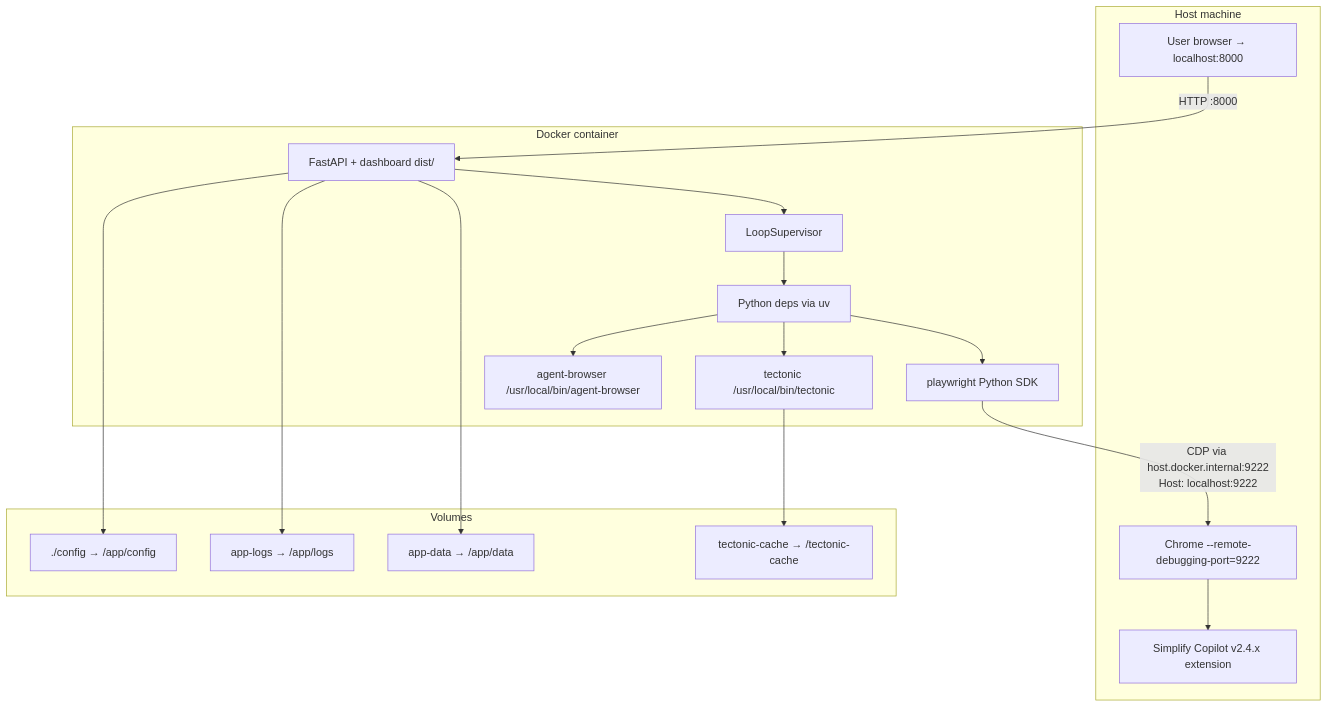
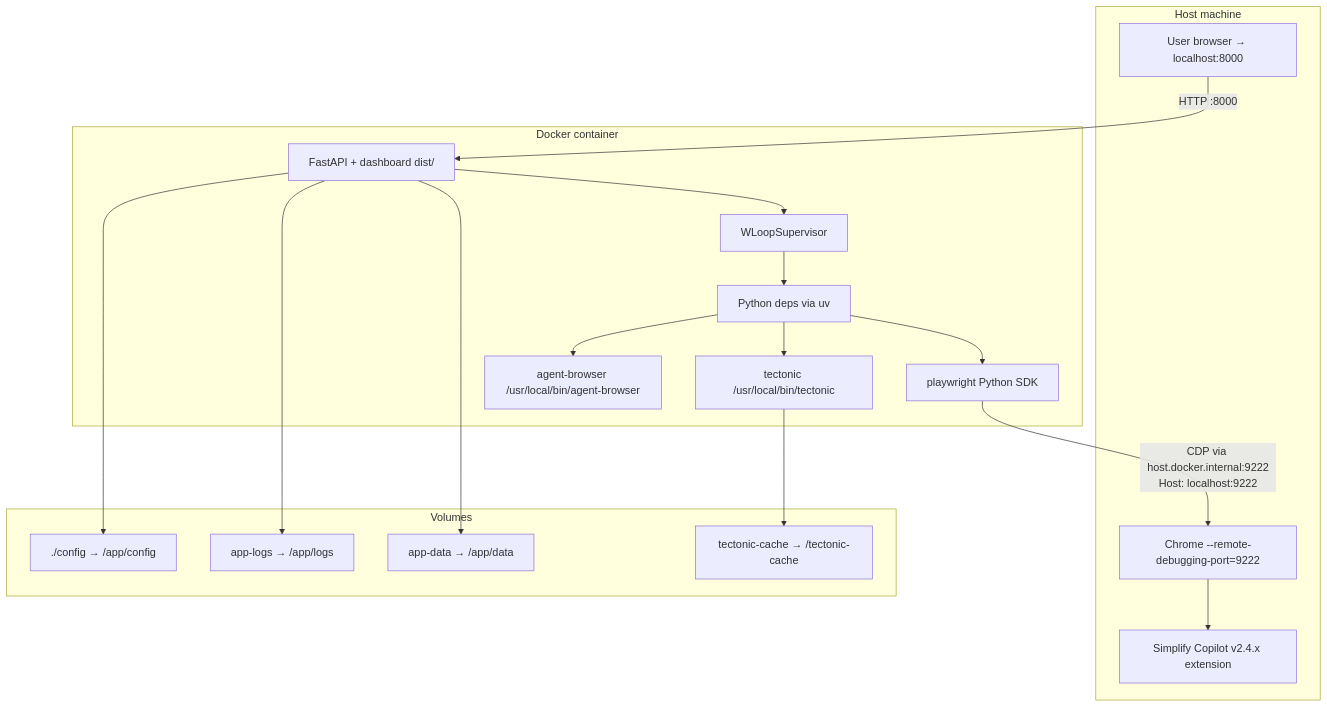
One commit to joeyspagnoli/agentic-job-applier changed diagram 20 of 20 in spec/spec.md. Above: the diagram before and after it, drawn with Mermaid. The commit also changed other lines of this file and 4 other files, not shown here.

First line of the commit message:
docs(spec): fix mermaid 'Loop' keyword conflict + point README at spec/

````diff
--- a/spec/spec.md
+++ b/spec/spec.md
@@ -989,37 +989,37 @@
 ```mermaid
 graph TB
   subgraph Host[Host machine]
     HCHROME[Chrome --remote-debugging-port=9222]
     SIMPLIFY[Simplify Copilot v2.4.x extension]
     HCHROME --> SIMPLIFY
     USER[User browser → localhost:8000]
   end
 
   subgraph Container[Docker container]
     API[FastAPI + dashboard dist/]
-    SUP[LoopSupervisor]
+    SUP[WLoopSupervisor]
     PYDEPS[Python deps via uv]
     TECT[tectonic /usr/local/bin/tectonic]
     AGENTBR[agent-browser /usr/local/bin/agent-browser]
     PLAYWRIGHT[playwright Python SDK]
   end
 
   subgraph Volumes
     APPDATA[app-data → /app/data]
     APPLOGS[app-logs → /app/logs]
     TECTCACHE[tectonic-cache → /tectonic-cache]
     CFGBIND[./config → /app/config]
   end
 
   USER -->|HTTP :8000| API
   API --> SUP
   SUP --> PYDEPS
   PYDEPS --> PLAYWRIGHT
   PLAYWRIGHT -->|CDP via host.docker.internal:9222<br/>Host: localhost:9222| HCHROME
   PYDEPS --> TECT
   PYDEPS --> AGENTBR
   API --> APPDATA
   API --> APPLOGS
   TECT --> TECTCACHE
   API --> CFGBIND
 ```
````
